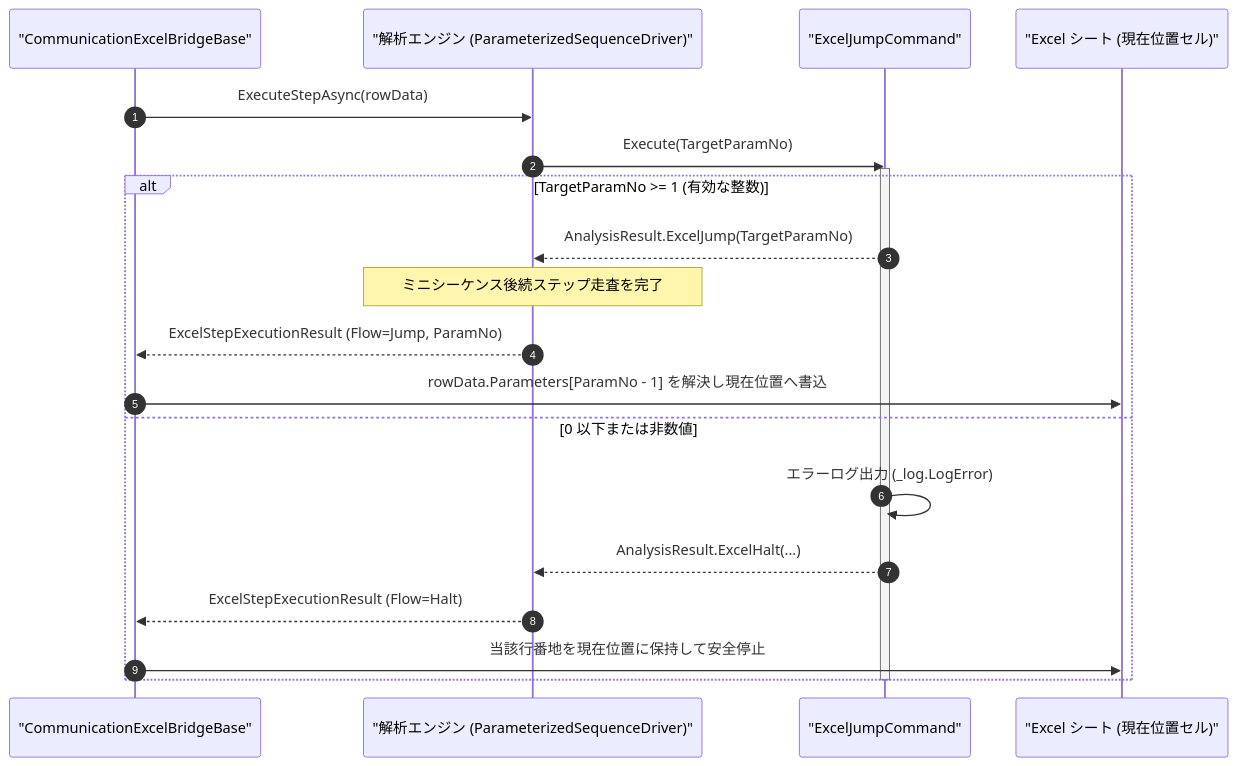
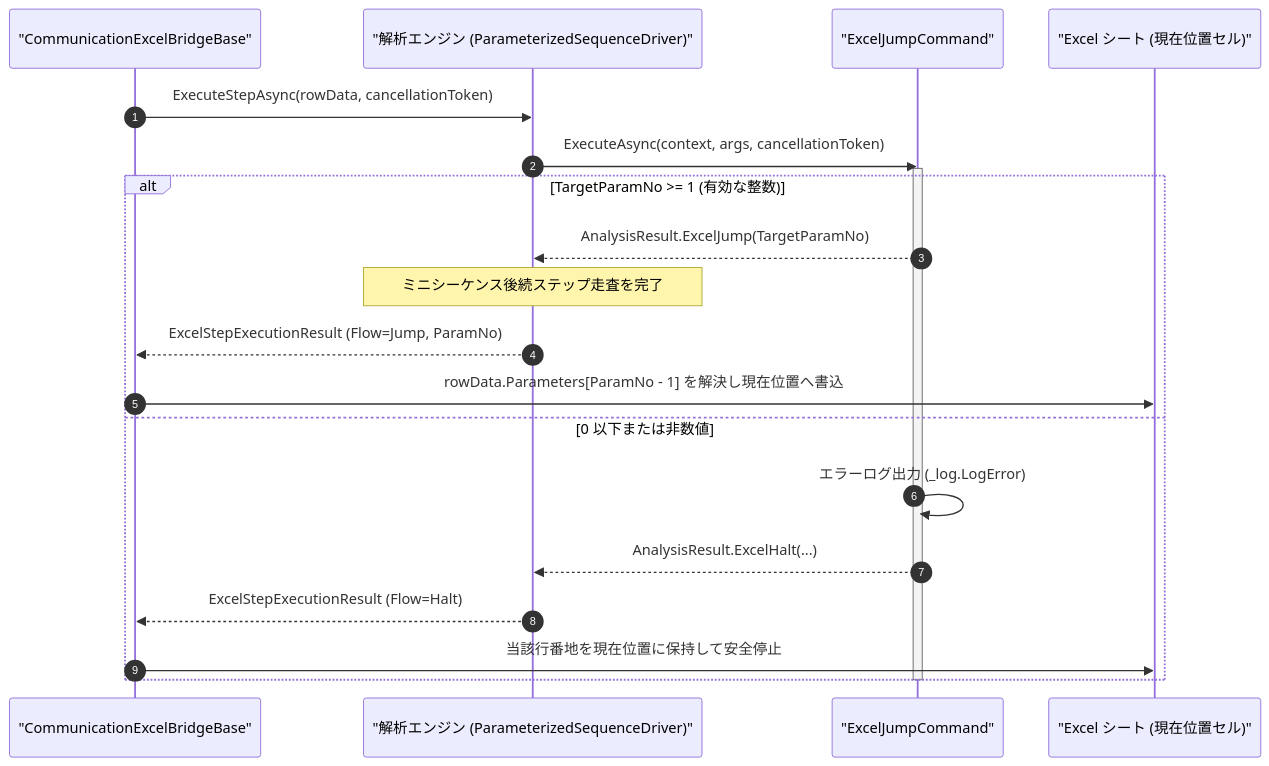
The diagram in Manual/Core/Excel/Excel_Jump.Md (Monaca-App/TermAddIn), drawn with Mermaid before and after one commit. The commit also changed other lines of this file and 157 other files, not shown here.

````diff
--- a/Manual/Core/Excel/Excel_Jump.Md
+++ b/Manual/Core/Excel/Excel_Jump.Md
@@ -67,24 +67,24 @@
 ```mermaid
 sequenceDiagram
     autonumber
     participant Bridge as "CommunicationExcelBridgeBase"
     participant Engine as "解析エンジン (ParameterizedSequenceDriver)"
     participant Cmd as "ExcelJumpCommand"
     participant Sheet as "Excel シート (現在位置セル)"
 
-    Bridge->>Engine: ExecuteStepAsync(rowData)
-    Engine->>Cmd: Execute(TargetParamNo)
+    Bridge->>Engine: ExecuteStepAsync(rowData, cancellationToken)
+    Engine->>Cmd: ExecuteAsync(context, args, cancellationToken)
     activate Cmd
     alt TargetParamNo >= 1 (有効な整数)
         Cmd-->>Engine: AnalysisResult.ExcelJump(TargetParamNo)
         Note over Engine: ミニシーケンス後続ステップ走査を完了
         Engine-->>Bridge: ExcelStepExecutionResult (Flow=Jump, ParamNo)
         Bridge->>Sheet: rowData.Parameters[ParamNo - 1] を解決し現在位置へ書込
     else 0 以下または非数値
         Cmd->>Cmd: エラーログ出力 (_log.LogError)
         Cmd-->>Engine: AnalysisResult.ExcelHalt(...)
         Engine-->>Bridge: ExcelStepExecutionResult (Flow=Halt)
         Bridge->>Sheet: 当該行番地を現在位置に保持して安全停止
     end
     deactivate Cmd
 ```
````
